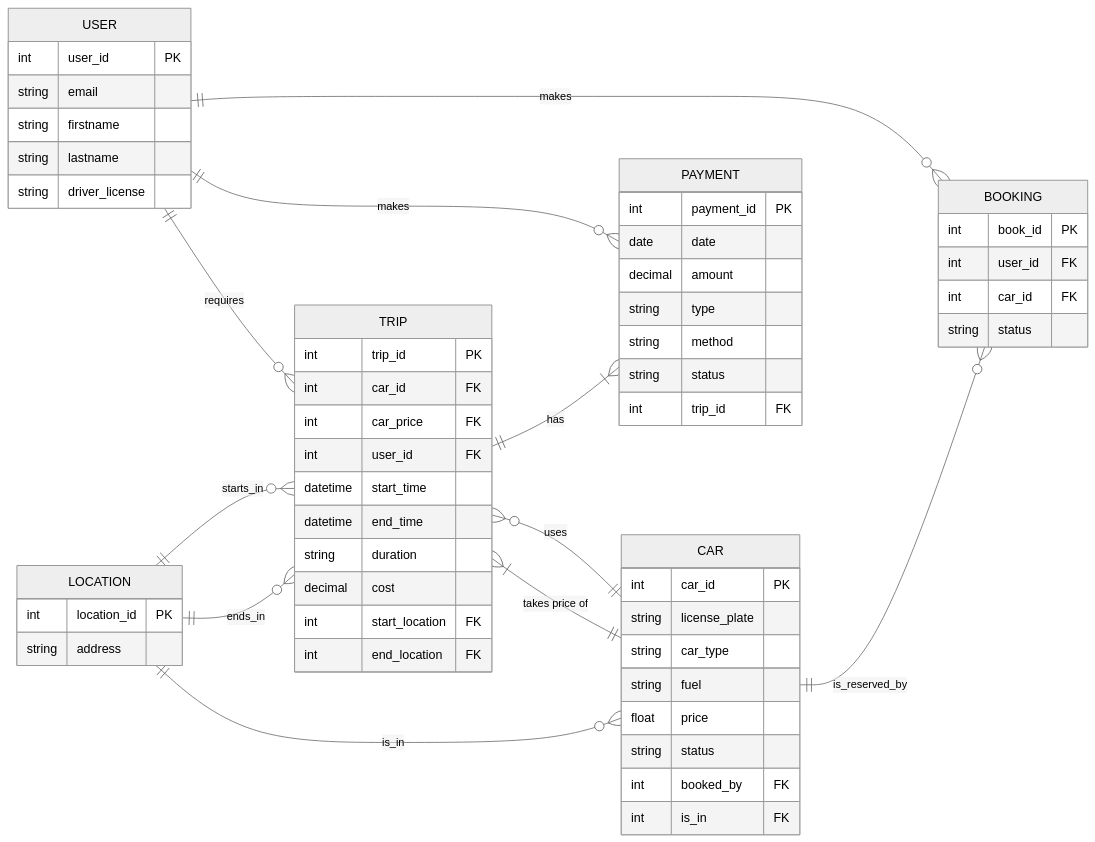
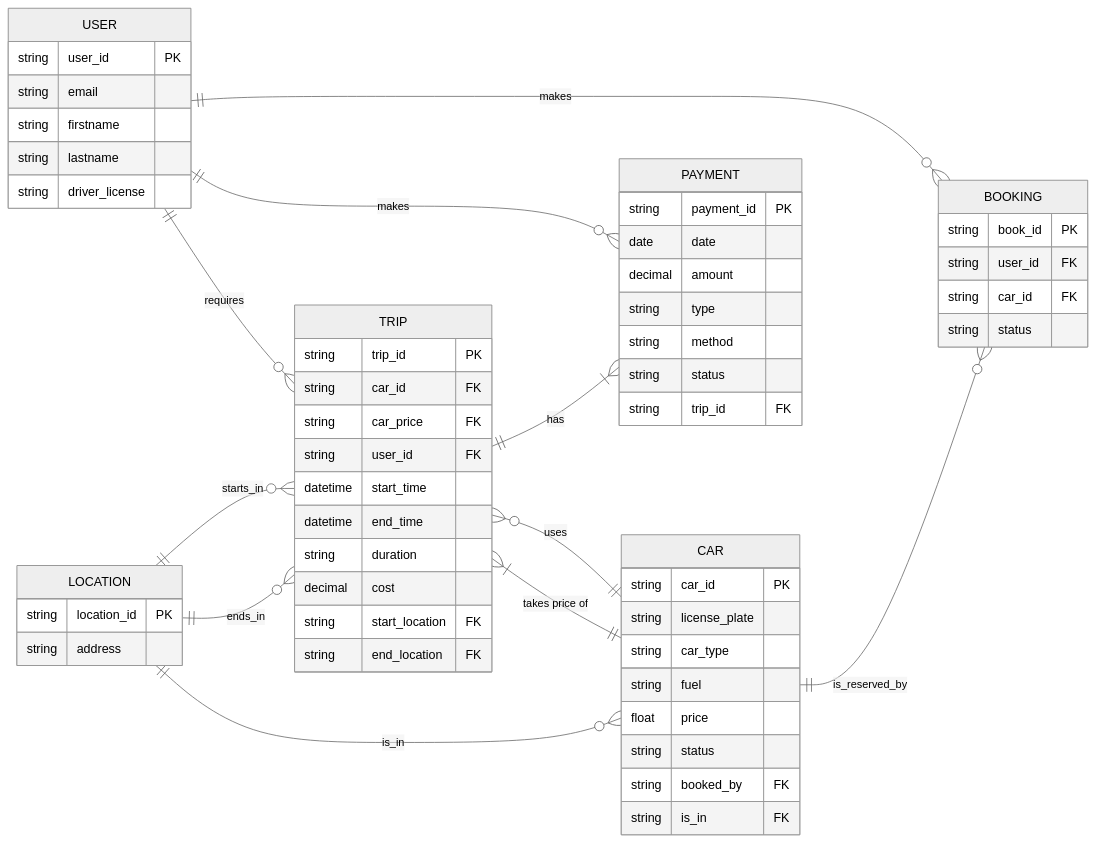
Before and after one commit to Maks9m/KPI_Labs: the diagram in Lab1/mermaid.md, drawn with Mermaid (neutral theme). The commit also changed other lines of this file and 2 other files, not shown here.

Commit message:
fix(Lab1): fix entity types

````diff
--- a/Lab1/mermaid.md
+++ b/Lab1/mermaid.md
@@ -65,63 +65,63 @@
 ```mermaid
 erDiagram
 direction LR
 USER {
-int user_id PK
+string user_id PK
 string email
 string firstname
 string lastname
 string driver_license
 }
 CAR {
-int car_id PK
+string car_id PK
 string license_plate
 string car_type
 string fuel
 float price
 string status
-int booked_by FK
-int is_in FK
+string booked_by FK
+string is_in FK
 }
 LOCATION {
-int location_id PK
+string location_id PK
 string address
 }
 TRIP {
-int trip_id PK
-int car_id FK
-int car_price FK
-int user_id FK
+string trip_id PK
+string car_id FK
+string car_price FK
+string user_id FK
 datetime start_time
 datetime end_time
 string duration
 decimal cost
-int start_location FK
-int end_location FK
+string start_location FK
+string end_location FK
 }
 BOOKING {
-int book_id PK
-int user_id FK
-int car_id FK
+string book_id PK
+string user_id FK
+string car_id FK
 string status
 }
 PAYMENT {
-int payment_id PK
+string payment_id PK
 date date
 decimal amount
 string type
 string method
 string status
-int trip_id FK
+string trip_id FK
 }
 
     USER||--o{BOOKING:"makes"
     USER||--o{TRIP:"requires"
     CAR||--o{BOOKING:"is_reserved_by"
     USER||--o{PAYMENT:"makes"
     TRIP||--|{PAYMENT:"has"
     TRIP}o--||CAR:"uses"
     TRIP}|--||CAR:"takes price of"
     LOCATION||--o{TRIP:"starts_in"
     LOCATION||--o{TRIP:"ends_in"
     LOCATION||--o{CAR:"is_in"
 ```
````
